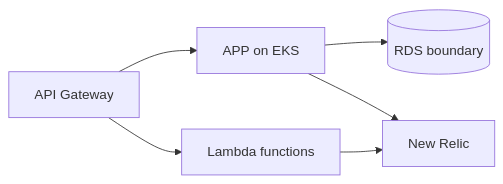
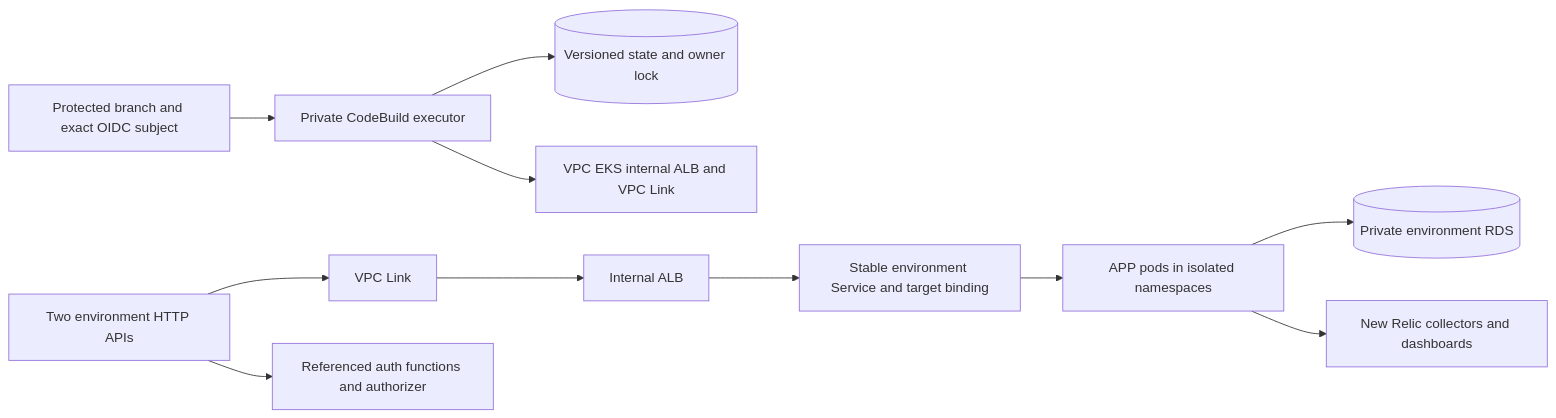
Before and after one commit to rafaelxvr/Tech-challenge-15SOAT-k8s-infra: the first of 2 diagrams in docs/architecture.md, drawn with Mermaid. The commit also changed other lines of this file and 2 other files, not shown here.

Commit message:
docs: align architecture evidence and staged acceptance gaps

````diff
--- a/docs/architecture.md
+++ b/docs/architecture.md
@@ -3,8 +3,12 @@
 ```mermaid
 flowchart LR
-    Gateway[API Gateway] --> App[APP on EKS]
-    Gateway --> Functions[Lambda functions]
-    App --> RDS[(RDS boundary)]
-    App --> NR[New Relic]
-    Functions --> NR
+  GitHub[Protected branch and exact OIDC subject] --> Executor[Private CodeBuild executor]
+  Executor --> State[(Versioned state and owner lock)]
+  Executor --> Foundation[VPC EKS internal ALB and VPC Link]
+  APIs[Two environment HTTP APIs] --> Link[VPC Link]
+  Link --> ALB[Internal ALB] --> Service[Stable environment Service and target binding]
+  Service --> Pods[APP pods in isolated namespaces]
+  APIs --> Functions[Referenced auth functions and authorizer]
+  Pods --> DB[(Private environment RDS)]
+  Pods --> NR[New Relic collectors and dashboards]
 ```
````
